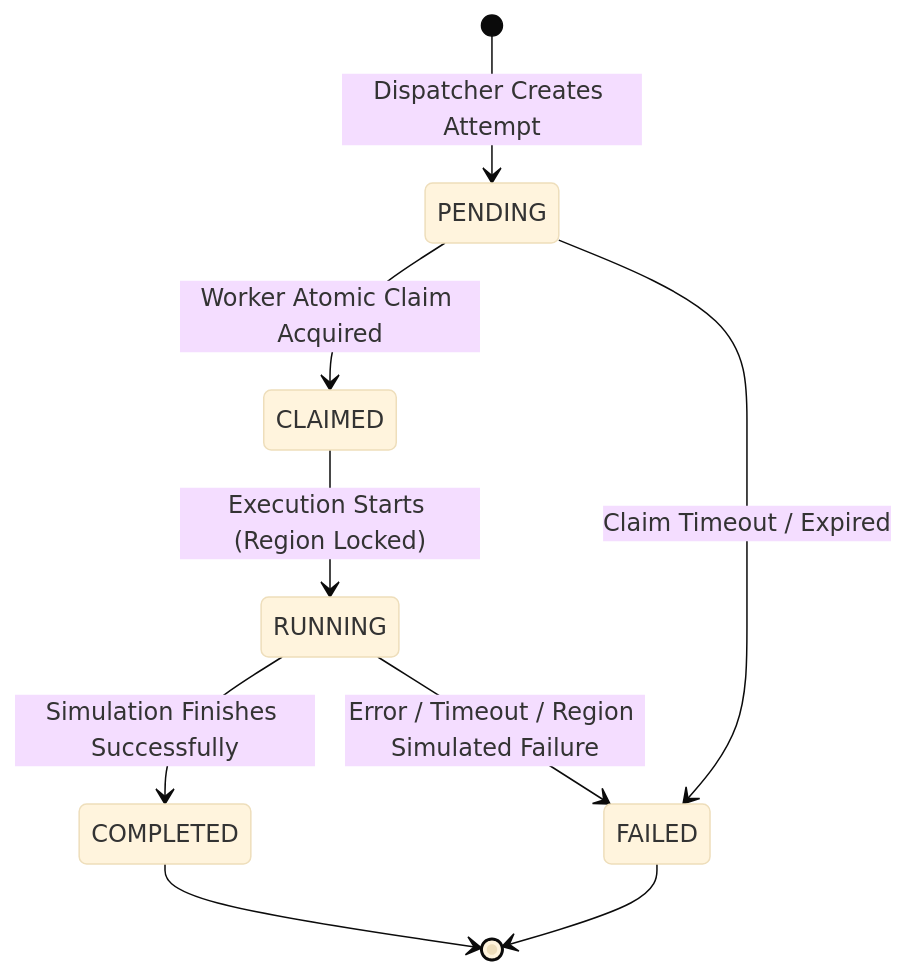
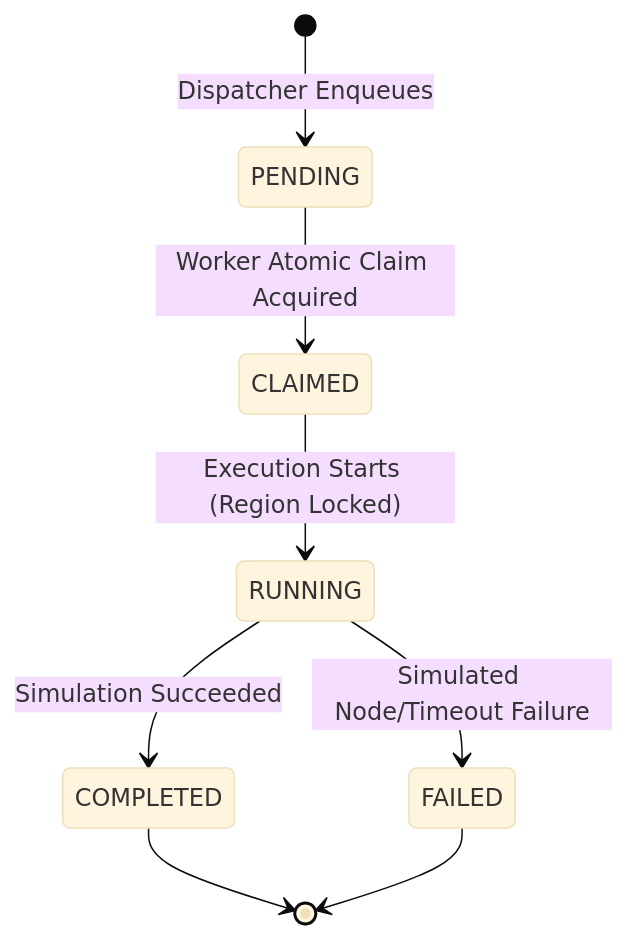
The third of 3 diagrams in docs/architecture/data-architecture.md (taneesh-kumar/Eco-Route), drawn with Mermaid (base theme) before and after one commit. The commit also changed other lines of this file and 6 other files, not shown here.

````diff
--- a/docs/architecture/data-architecture.md
+++ b/docs/architecture/data-architecture.md
@@ -181,15 +161,10 @@
 ```mermaid
 stateDiagram-v2
-    [*] --> PENDING : Dispatcher Creates Attempt
-    
+    [*] --> PENDING : Dispatcher Enqueues
     PENDING --> CLAIMED : Worker Atomic Claim Acquired
-    PENDING --> FAILED : Claim Timeout / Expired
-    
     CLAIMED --> RUNNING : Execution Starts (Region Locked)
-    
-    RUNNING --> COMPLETED : Simulation Finishes Successfully
-    RUNNING --> FAILED : Error / Timeout / Region Simulated Failure
-    
+    RUNNING --> COMPLETED : Simulation Succeeded
+    RUNNING --> FAILED : Simulated Node/Timeout Failure
     COMPLETED --> [*]
     FAILED --> [*]
 ```
````
